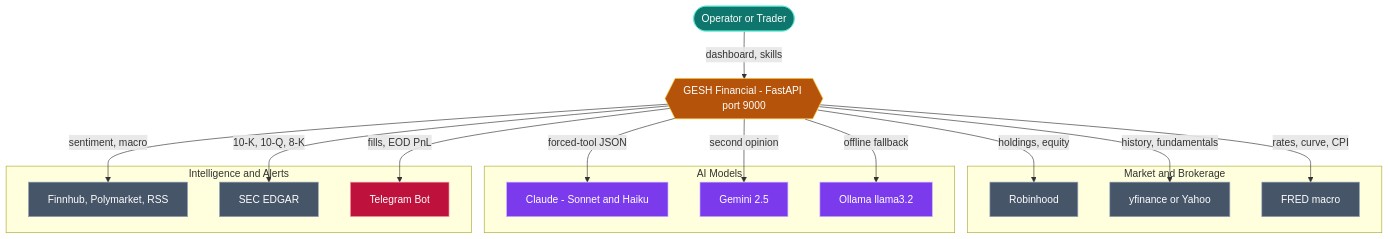
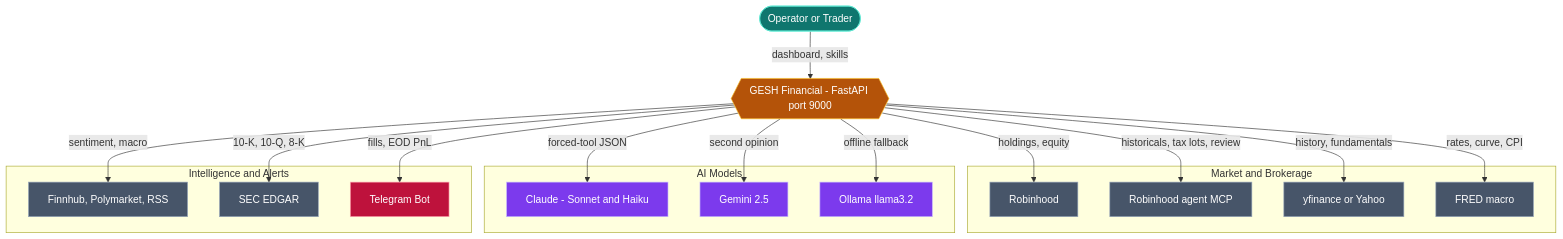
Before and after one commit to gesh75/Gesh-Project: the diagram in README.md, drawn with Mermaid. The commit also changed other lines of this file and 4 other files, not shown here.

First line of the commit message:
docs: point architecture and agent maps at the RH MCP runbook

````diff
--- a/README.md
+++ b/README.md
@@ -29,40 +31,42 @@
 ```mermaid
 flowchart TB
     operator(["Operator or Trader"]):::actor
     gesh{{"GESH Financial - FastAPI port 9000"}}:::core
 
     subgraph MKT["Market and Brokerage"]
         rh["Robinhood"]:::ext
+        mcp["Robinhood agent MCP"]:::ext
         yf["yfinance or Yahoo"]:::ext
         fred["FRED macro"]:::ext
     end
 
     subgraph AI["AI Models"]
         claude["Claude - Sonnet and Haiku"]:::ai
         gemini["Gemini 2.5"]:::ai
         ollama["Ollama llama3.2"]:::ai
     end
 
     subgraph INTEL["Intelligence and Alerts"]
         news["Finnhub, Polymarket, RSS"]:::ext
         edgar["SEC EDGAR"]:::ext
         tg["Telegram Bot"]:::alert
     end
 
     operator -->|"dashboard, skills"| gesh
     gesh -->|"holdings, equity"| rh
+    gesh -->|"historicals, tax lots, review"| mcp
     gesh -->|"history, fundamentals"| yf
     gesh -->|"rates, curve, CPI"| fred
     gesh -->|"forced-tool JSON"| claude
     gesh -->|"second opinion"| gemini
     gesh -->|"offline fallback"| ollama
     gesh -->|"sentiment, macro"| news
     gesh -->|"10-K, 10-Q, 8-K"| edgar
     gesh -->|"fills, EOD PnL"| tg
 
     classDef actor fill:#0f766e,stroke:#5eead4,color:#fff
     classDef core  fill:#b45309,stroke:#fbbf24,color:#fff
     classDef ai    fill:#7c3aed,stroke:#c4b5fd,color:#fff
     classDef ext   fill:#475569,stroke:#94a3b8,color:#fff
     classDef alert fill:#be123c,stroke:#fda4af,color:#fff
 ```
````
